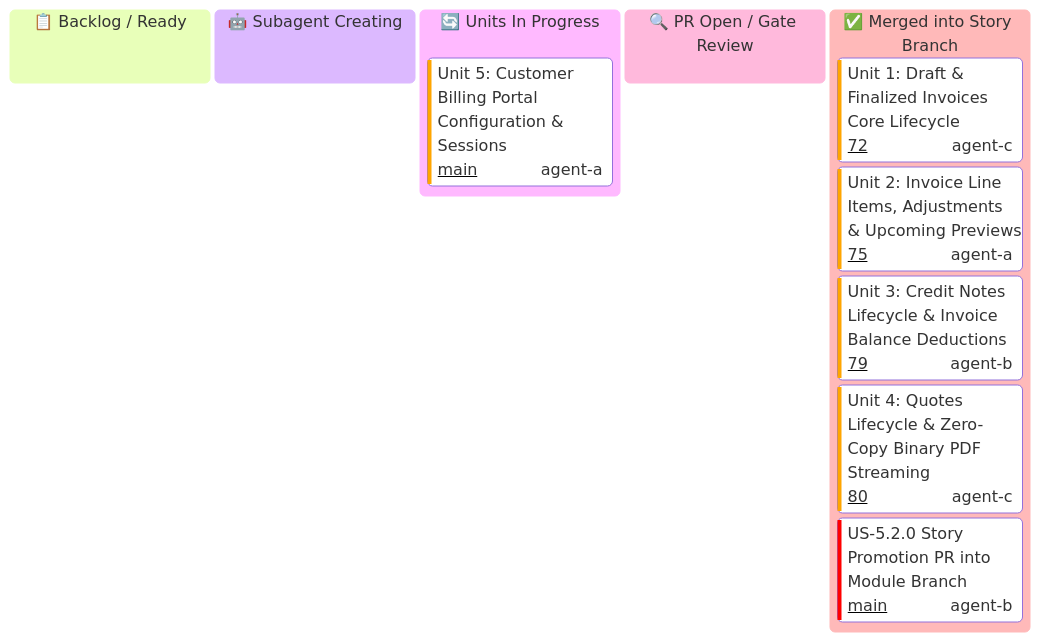
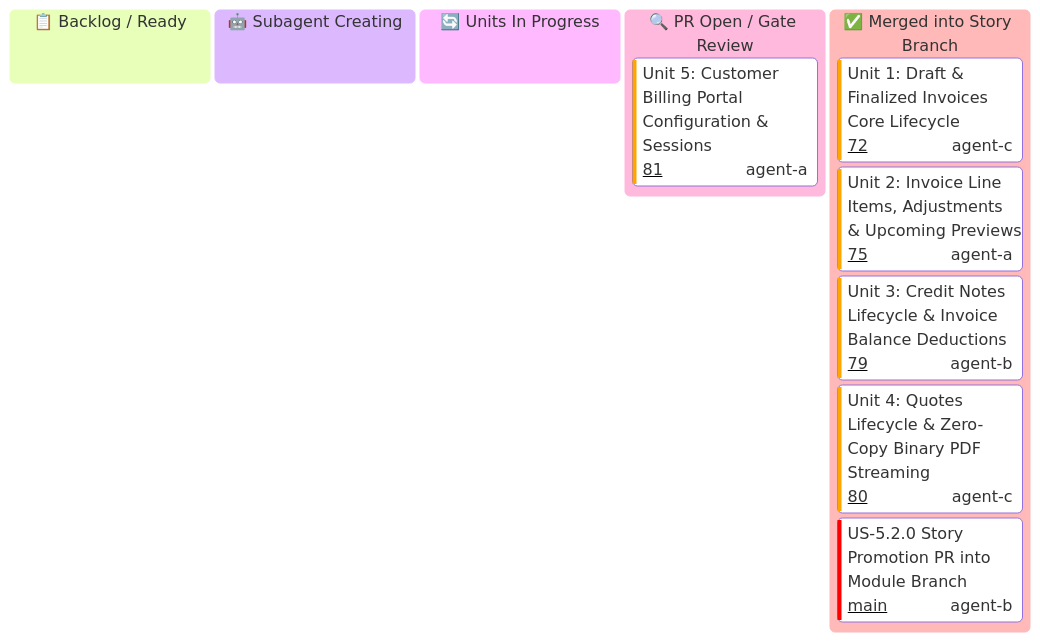
Before and after one commit to some-of-cs/some-stripe: the third of 3 diagrams in docs/user-stories/module-5-customers-and-billing/KANBAN.md, drawn with Mermaid. The commit also changed other lines of this file and 1 other file, not shown here.

Commit message:
docs(us-5.2.0): update kanban boards marking Unit 5 in review (PR #81)

````diff
--- a/docs/user-stories/module-5-customers-and-billing/KANBAN.md
+++ b/docs/user-stories/module-5-customers-and-billing/KANBAN.md
@@ -73,19 +73,19 @@
 ```mermaid
 ---
 config:
   kanban:
     ticketBaseUrl: 'https://github.com/some-of-cs/some-stripe/pull/#TICKET#'
 ---
 kanban
   todo[📋 Backlog / Ready]
   spawning[🤖 Subagent Creating]
   in_progress[🔄 Units In Progress]
-    u525[Unit 5: Customer Billing Portal Configuration & Sessions]@{ ticket: 'main', assigned: 'agent-a', priority: 'High' }
   review[🔍 PR Open / Gate Review]
+    u525[Unit 5: Customer Billing Portal Configuration & Sessions]@{ ticket: '81', assigned: 'agent-a', priority: 'High' }
   done[✅ Merged into Story Branch]
     u521[Unit 1: Draft & Finalized Invoices Core Lifecycle]@{ ticket: '72', assigned: 'agent-c', priority: 'High' }
     u522[Unit 2: Invoice Line Items, Adjustments & Upcoming Previews]@{ ticket: '75', assigned: 'agent-a', priority: 'High' }
     u523[Unit 3: Credit Notes Lifecycle & Invoice Balance Deductions]@{ ticket: '79', assigned: 'agent-b', priority: 'High' }
     u524[Unit 4: Quotes Lifecycle & Zero-Copy Binary PDF Streaming]@{ ticket: '80', assigned: 'agent-c', priority: 'High' }
     s52_pr[US-5.2.0 Story Promotion PR into Module Branch]@{ ticket: 'main', assigned: 'agent-b', priority: 'Very High' }
 ```
````
